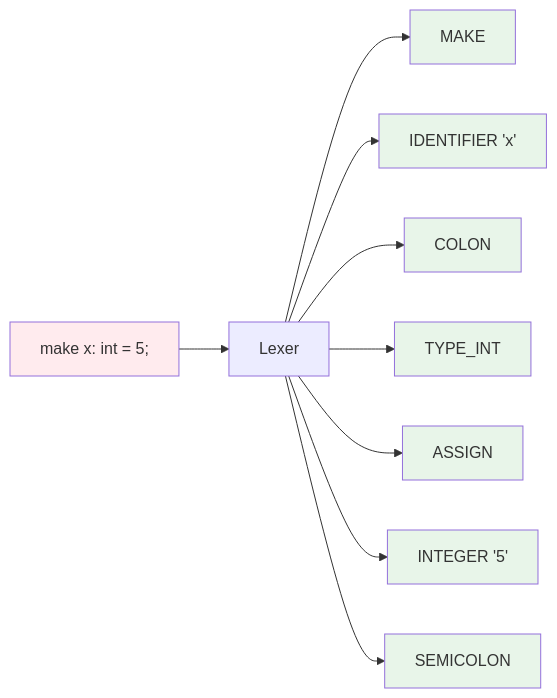
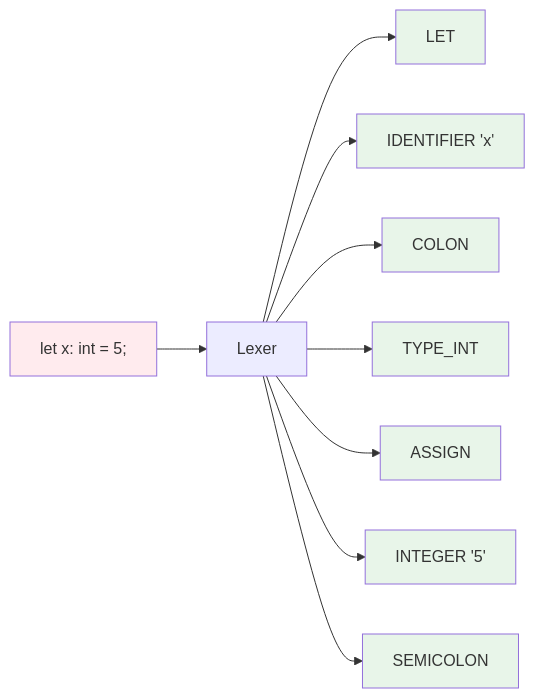
The third of 7 diagrams in README.md (AngelArgumedo/boemia-script), drawn with Mermaid before and after one commit. The commit also changed other lines of this file, not shown here.

````diff
--- a/README.md
+++ b/README.md
@@ -280,20 +280,20 @@
 ```mermaid
 graph LR
-    A["make x: int = 5;"] --> B[Lexer]
-    B --> C1[MAKE]
+    A["let x: int = 5;"] --> B[Lexer]
+    B --> C1[LET]
     B --> C2[IDENTIFIER 'x']
     B --> C3[COLON]
     B --> C4[TYPE_INT]
     B --> C5[ASSIGN]
     B --> C6[INTEGER '5']
     B --> C7[SEMICOLON]
 
     style A fill:#ffebee
     style C1 fill:#e8f5e9
     style C2 fill:#e8f5e9
     style C3 fill:#e8f5e9
     style C4 fill:#e8f5e9
     style C5 fill:#e8f5e9
     style C6 fill:#e8f5e9
     style C7 fill:#e8f5e9
 ```
````
